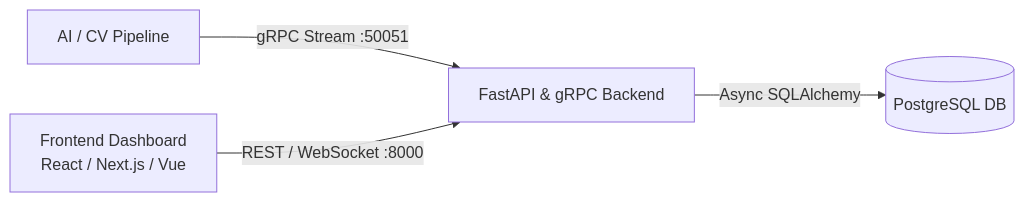
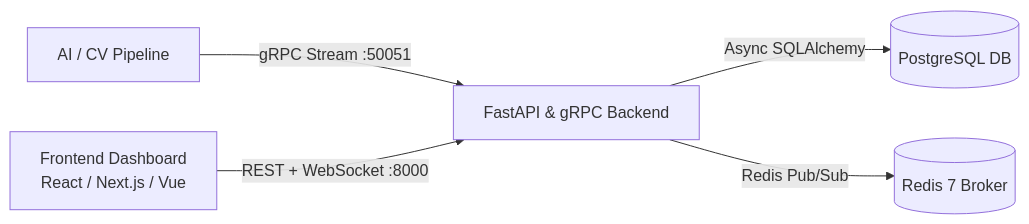
One commit to mohamedsamyfresh/customer_flow changed the diagram in FRONTEND_GUIDE.md. Above: the diagram before and after it, drawn with Mermaid. The commit also changed other lines of this file and 20 other files, not shown here.

````diff
--- a/FRONTEND_GUIDE.md
+++ b/FRONTEND_GUIDE.md
@@ -11,6 +11,7 @@
 ```mermaid
 flowchart LR
     ML[AI / CV Pipeline] -->|gRPC Stream :50051| Backend[FastAPI & gRPC Backend]
     Backend -->|Async SQLAlchemy| DB[(PostgreSQL DB)]
-    Frontend[Frontend Dashboard\nReact / Next.js / Vue] -->|REST / WebSocket :8000| Backend
+    Backend -->|Redis Pub/Sub| Redis[(Redis 7 Broker)]
+    Frontend[Frontend Dashboard\nReact / Next.js / Vue] -->|REST + WebSocket :8000| Backend
 ```
````
